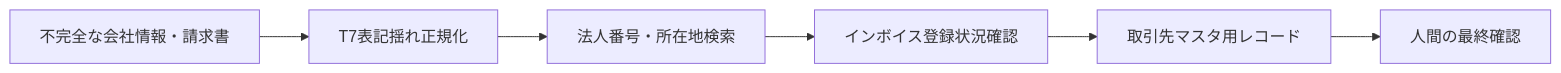
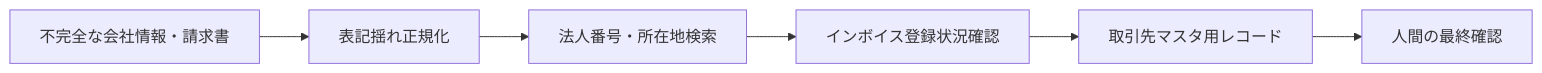
The diagram in docs/external-overview.md (SUGUKURU-CO-LTD/mcp-houjin-bangou), drawn with Mermaid before and after one commit. The commit also changed other lines of this file and 17 other files, not shown here.

````diff
--- a/docs/external-overview.md
+++ b/docs/external-overview.md
@@ -24,8 +24,8 @@
 ```mermaid
 flowchart LR
-  rawInput["不完全な会社情報・請求書"] --> normalize["T7表記揺れ正規化"]
+  rawInput["不完全な会社情報・請求書"] --> normalize["表記揺れ正規化"]
   normalize --> search["法人番号・所在地検索"]
   search --> invoice["インボイス登録状況確認"]
   invoice --> enrich["取引先マスタ用レコード"]
   enrich --> review["人間の最終確認"]
 ```
````
